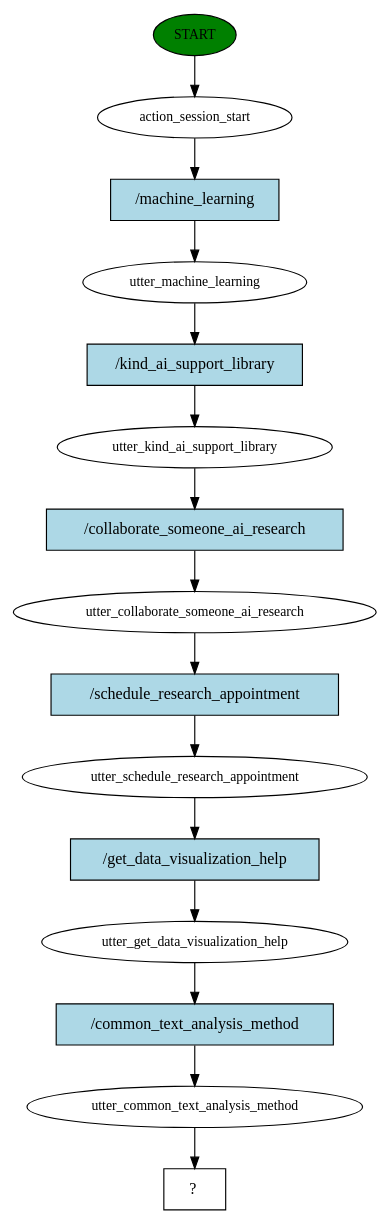
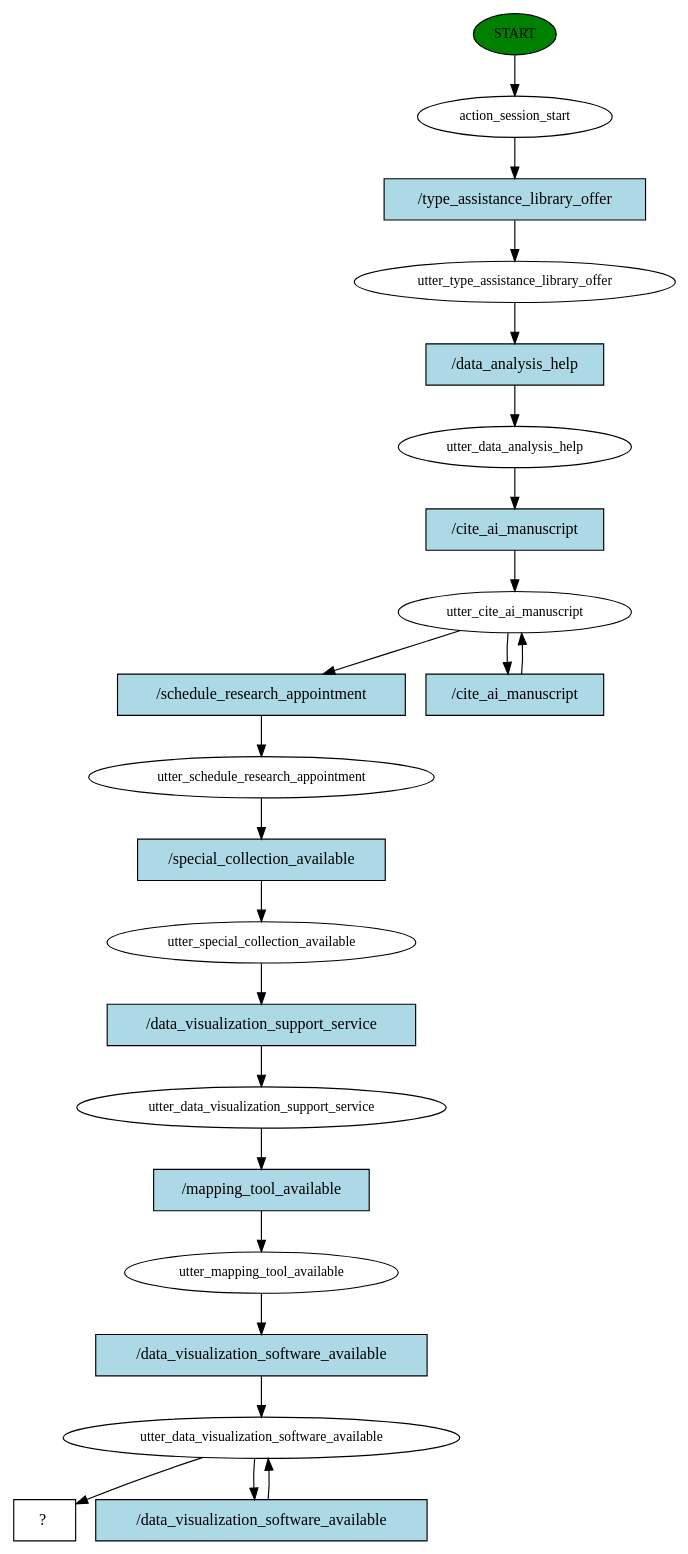
The diagram in Chatbot/story_graph.dot (Shahraiz-commits/DRS-chatbot), drawn with Graphviz before and after one commit. The commit also changed 8 other files, not shown here.

```diff
--- a/Chatbot/story_graph.dot
+++ b/Chatbot/story_graph.dot
@@ -1,31 +1,45 @@
 digraph  {
 0 [class="start active", fillcolor=green, fontsize=12, label=START, style=filled];
 1 [class=active, fontsize=12, label=action_session_start];
-2 [class=active, fontsize=12, label=utter_machine_learning];
-3 [class=active, fontsize=12, label=utter_kind_ai_support_library];
-4 [class=active, fontsize=12, label=utter_collaborate_someone_ai_research];
-5 [class=active, fontsize=12, label=utter_schedule_research_appointment];
-6 [class=active, fontsize=12, label=utter_get_data_visualization_help];
-7 [class=active, fontsize=12, label=utter_common_text_analysis_method];
-8 [class="intent dashed active", label="  ?  ", shape=rect];
-9 [class="intent active", fillcolor=lightblue, label="/machine_learning", shape=rect, style=filled];
-10 [class="intent active", fillcolor=lightblue, label="/kind_ai_support_library", shape=rect, style=filled];
-11 [class="intent active", fillcolor=lightblue, label="/collaborate_someone_ai_research", shape=rect, style=filled];
-12 [class="intent active", fillcolor=lightblue, label="/schedule_research_appointment", shape=rect, style=filled];
-13 [class="intent active", fillcolor=lightblue, label="/get_data_visualization_help", shape=rect, style=filled];
-14 [class="intent active", fillcolor=lightblue, label="/common_text_analysis_method", shape=rect, style=filled];
+2 [class=active, fontsize=12, label=utter_type_assistance_library_offer];
+3 [class=active, fontsize=12, label=utter_data_analysis_help];
+4 [class=active, fontsize=12, label=utter_cite_ai_manuscript];
+6 [class=active, fontsize=12, label=utter_schedule_research_appointment];
+7 [class=active, fontsize=12, label=utter_special_collection_available];
+8 [class=active, fontsize=12, label=utter_data_visualization_support_service];
+9 [class=active, fontsize=12, label=utter_mapping_tool_available];
+10 [class=active, fontsize=12, label=utter_data_visualization_software_available];
+12 [class="intent dashed active", label="  ?  ", shape=rect];
+13 [class="intent active", fillcolor=lightblue, label="/type_assistance_library_offer", shape=rect, style=filled];
+14 [class="intent active", fillcolor=lightblue, label="/data_analysis_help", shape=rect, style=filled];
+15 [class="intent active", fillcolor=lightblue, label="/cite_ai_manuscript", shape=rect, style=filled];
+16 [class="intent active", fillcolor=lightblue, label="/schedule_research_appointment", shape=rect, style=filled];
+17 [class="intent active", fillcolor=lightblue, label="/cite_ai_manuscript", shape=rect, style=filled];
+18 [class="intent active", fillcolor=lightblue, label="/special_collection_available", shape=rect, style=filled];
+19 [class="intent active", fillcolor=lightblue, label="/data_visualization_support_service", shape=rect, style=filled];
+20 [class="intent active", fillcolor=lightblue, label="/mapping_tool_available", shape=rect, style=filled];
+21 [class="intent active", fillcolor=lightblue, label="/data_visualization_software_available", shape=rect, style=filled];
+22 [class="intent active", fillcolor=lightblue, label="/data_visualization_software_available", shape=rect, style=filled];
 0 -> 1  [class=active, key=NONE, label=""];
-1 -> 9  [class=active, key=0];
-2 -> 10  [class=active, key=0];
-3 -> 11  [class=active, key=0];
-4 -> 12  [class=active, key=0];
-5 -> 13  [class=active, key=0];
-6 -> 14  [class=active, key=0];
-7 -> 8  [class=active, key=NONE, label=""];
-9 -> 2  [class=active, key=0];
-10 -> 3  [class=active, key=0];
-11 -> 4  [class=active, key=0];
-12 -> 5  [class=active, key=0];
-13 -> 6  [class=active, key=0];
-14 -> 7  [class=active, key=0];
+1 -> 13  [class=active, key=0];
+2 -> 14  [class=active, key=0];
+3 -> 15  [class=active, key=0];
+4 -> 16  [class=active, key=0];
+4 -> 17  [class=active, key=0];
+6 -> 18  [class=active, key=0];
+7 -> 19  [class=active, key=0];
+8 -> 20  [class=active, key=0];
+9 -> 21  [class=active, key=0];
+10 -> 12  [class=active, key=NONE, label=""];
+10 -> 22  [class=active, key=0];
+13 -> 2  [class=active, key=0];
+14 -> 3  [class=active, key=0];
+15 -> 4  [class=active, key=0];
+16 -> 6  [class=active, key=0];
+17 -> 4  [class=active, key=0];
+18 -> 7  [class=active, key=0];
+19 -> 8  [class=active, key=0];
+20 -> 9  [class=active, key=0];
+21 -> 10  [class=active, key=0];
+22 -> 10  [class=active, key=0];
 }
```
